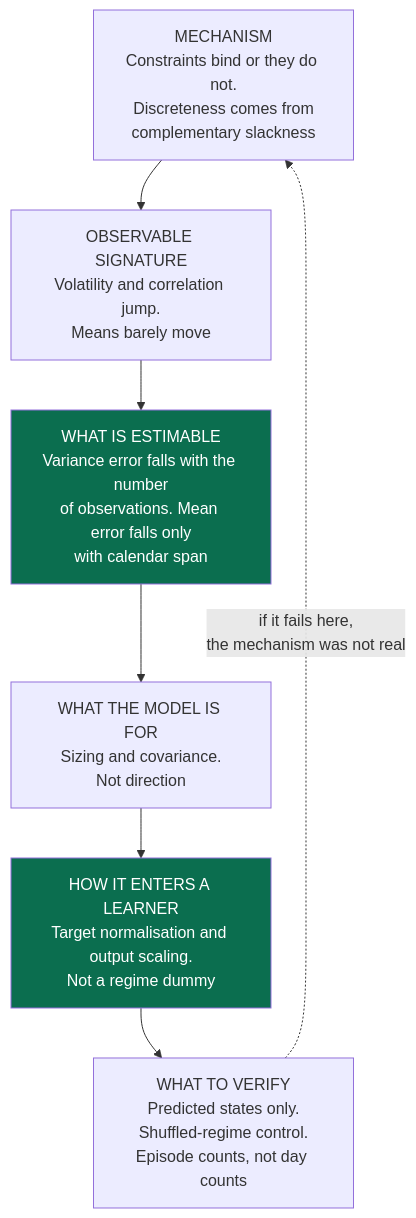
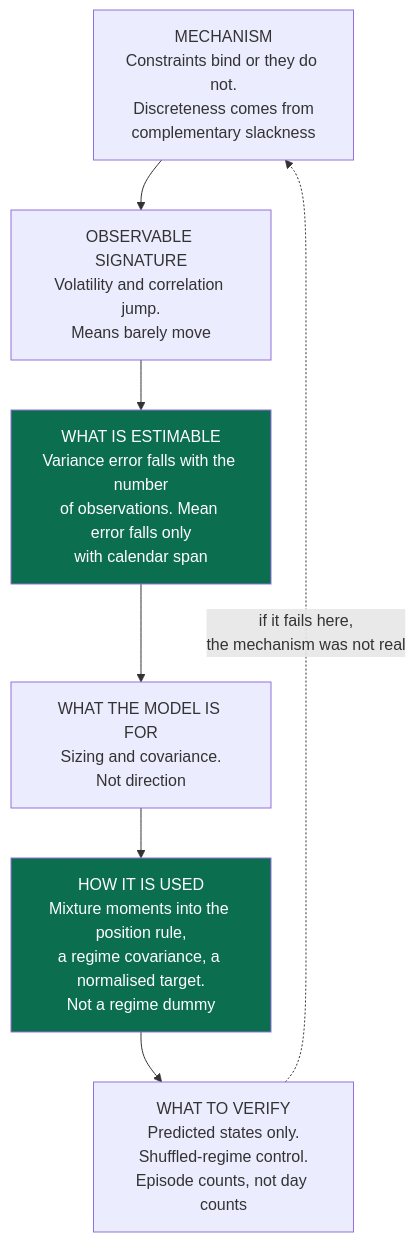
One commit to rmahfoud/quant-research changed the fourth of 5 diagrams in market_regimes.md. Above: the diagram before and after it, drawn with Mermaid. The commit also changed other lines of this file and 37 other files, not shown here.

````diff
--- a/market_regimes.md
+++ b/market_regimes.md
@@ -3787,12 +4856,12 @@
 ```mermaid
 flowchart TD
     M["MECHANISM<br/>Constraints bind or they do not.<br/>Discreteness comes from<br/>complementary slackness"]
       --> O["OBSERVABLE SIGNATURE<br/>Volatility and correlation jump.<br/>Means barely move"]
     O --> E["WHAT IS ESTIMABLE<br/>Variance error falls with the number<br/>of observations. Mean error falls only<br/>with calendar span"]
     E --> U["WHAT THE MODEL IS FOR<br/>Sizing and covariance.<br/>Not direction"]
-    U --> C["HOW IT ENTERS A LEARNER<br/>Target normalisation and output scaling.<br/>Not a regime dummy"]
+    U --> C["HOW IT IS USED<br/>Mixture moments into the position rule,<br/>a regime covariance, a normalised target.<br/>Not a regime dummy"]
     C --> V["WHAT TO VERIFY<br/>Predicted states only.<br/>Shuffled-regime control.<br/>Episode counts, not day counts"]
     V -.->|"if it fails here,<br/>the mechanism was not real"| M
     style E fill:#0b6e4f,color:#fff
     style C fill:#0b6e4f,color:#fff
 ```
````
